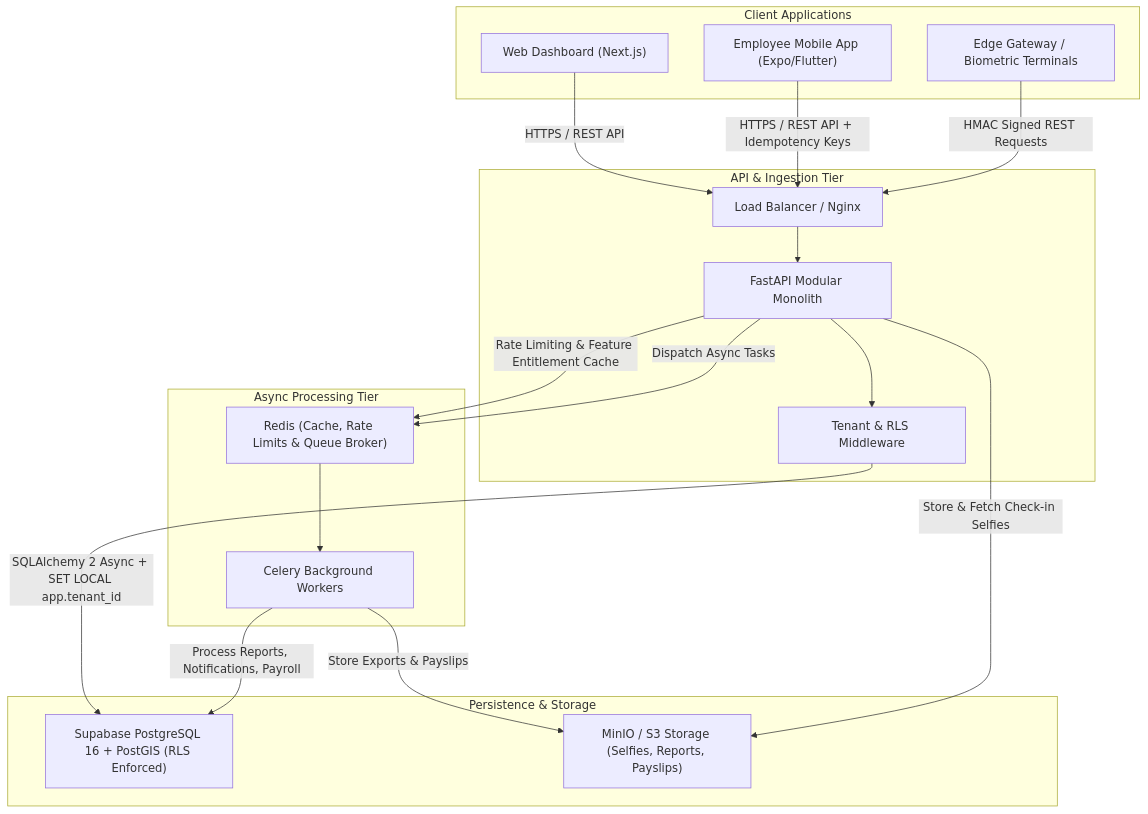
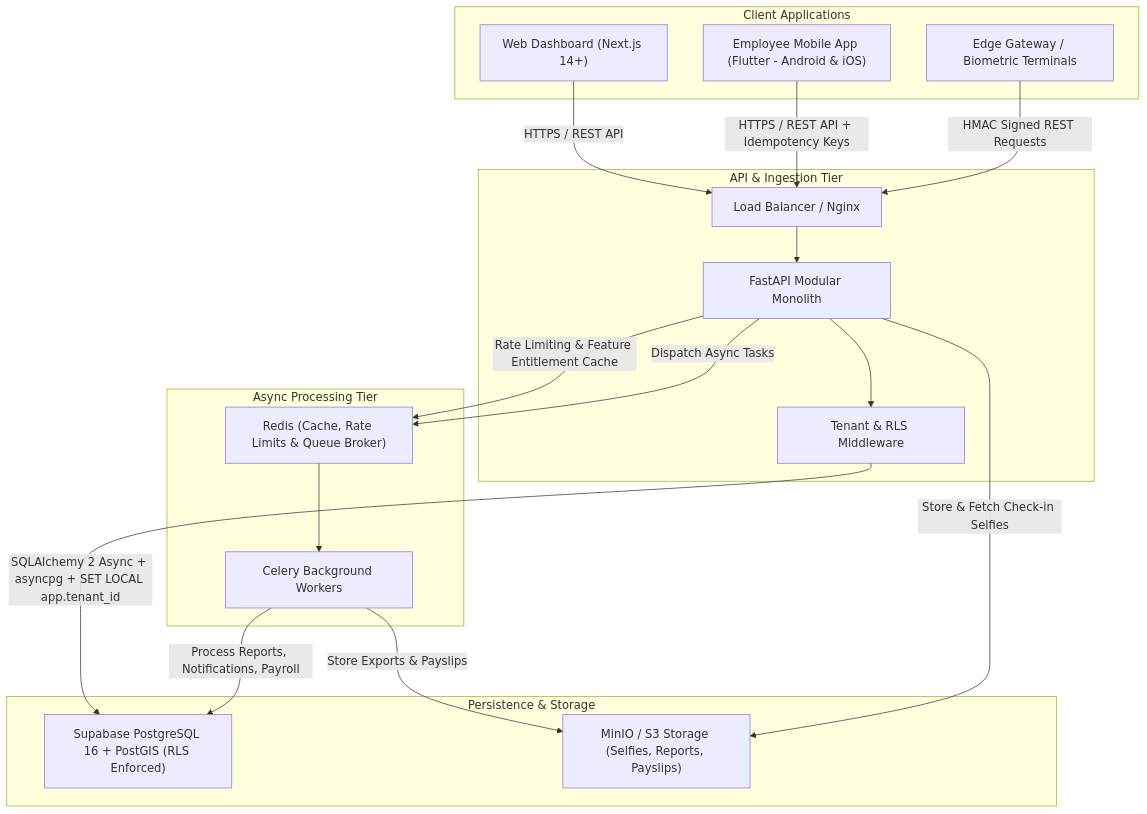
Before and after one commit to spydersupport1-boop/upostit: the first of 2 diagrams in docs/ARCHITECTURE.md, drawn with Mermaid. The commit also changed other lines of this file and 43 other files, not shown here.

Commit message:
feat(phase-01): implement monorepo layout, flutter mobile starter, fastapi health probes, and supabase connectivity verification

````diff
--- a/docs/ARCHITECTURE.md
+++ b/docs/ARCHITECTURE.md
@@ -36,38 +36,38 @@
 ```mermaid
 graph TD
     subgraph Clients ["Client Applications"]
-        Web["Web Dashboard (Next.js)"]
-        Mobile["Employee Mobile App (Expo/Flutter)"]
+        Web["Web Dashboard (Next.js 14+)"]
+        Mobile["Employee Mobile App (Flutter - Android & iOS)"]
         EdgeDev["Edge Gateway / Biometric Terminals"]
     end
 
     subgraph Gateway ["API & Ingestion Tier"]
         LB["Load Balancer / Nginx"]
         API["FastAPI Modular Monolith"]
         RLSMW["Tenant & RLS Middleware"]
     end
 
     subgraph Workers ["Async Processing Tier"]
         Redis["Redis (Cache, Rate Limits & Queue Broker)"]
         Celery["Celery Background Workers"]
     end
 
     subgraph Data ["Persistence & Storage"]
         SupabaseDB["Supabase PostgreSQL 16 + PostGIS (RLS Enforced)"]
         MinIO["MinIO / S3 Storage (Selfies, Reports, Payslips)"]
     end
 
     Web -->|HTTPS / REST API| LB
     Mobile -->|HTTPS / REST API + Idempotency Keys| LB
     EdgeDev -->|HMAC Signed REST Requests| LB
 
     LB --> API
     API --> RLSMW
-    RLSMW -->|SQLAlchemy 2 Async + SET LOCAL app.tenant_id| SupabaseDB
+    RLSMW -->|SQLAlchemy 2 Async + asyncpg + SET LOCAL app.tenant_id| SupabaseDB
     API -->|Rate Limiting & Feature Entitlement Cache| Redis
     API -->|Dispatch Async Tasks| Redis
     Redis --> Celery
     Celery -->|Process Reports, Notifications, Payroll| SupabaseDB
     Celery -->|Store Exports & Payslips| MinIO
     API -->|Store & Fetch Check-in Selfies| MinIO
 ```
````
